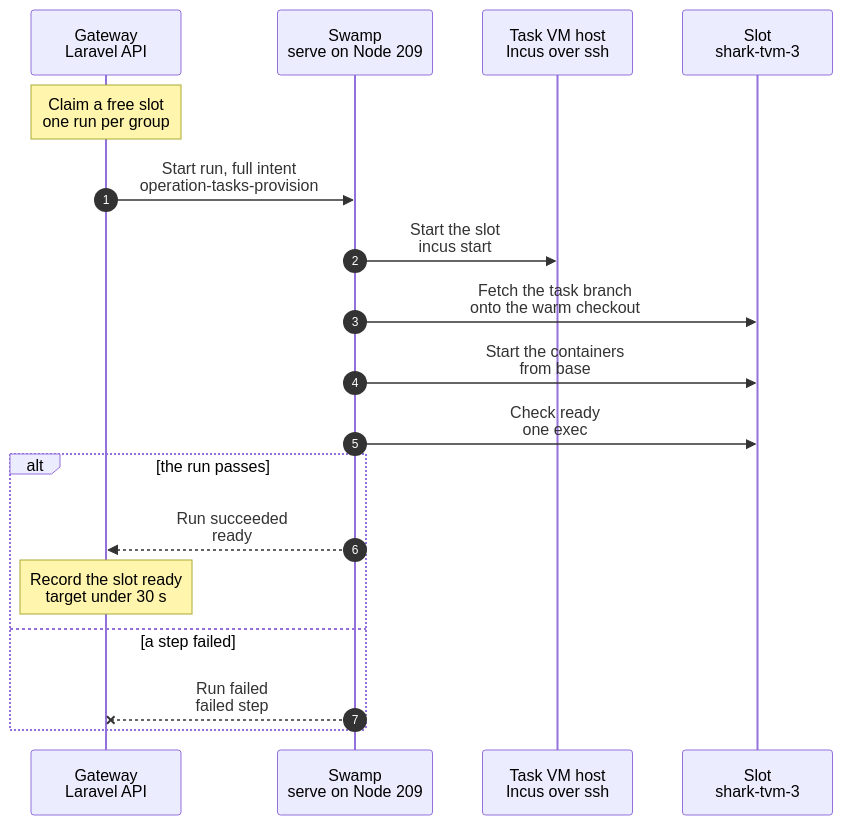
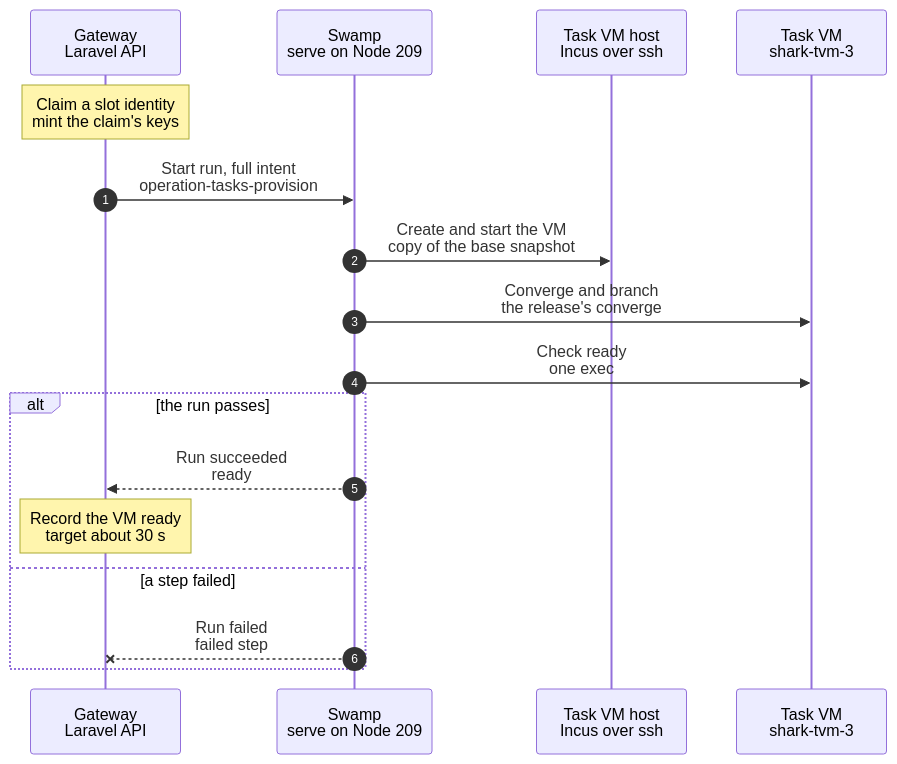
One commit to hardimpactdev/orbit changed the diagram in docs/cli/tasks/provision.mmd. Above: the diagram before and after it, drawn with Mermaid. The commit also changed 88 other files, not shown here.

First line of the commit message:
Task start copies the base VM snapshot with a slot identity

```diff
--- a/docs/cli/tasks/provision.mmd
+++ b/docs/cli/tasks/provision.mmd
@@ -1,45 +1,42 @@
 sequenceDiagram
-  %% Target design (Nick approved 2026-11-07): a provision claims a slot. Slots are fixed, reused task VMs named <node>-tvm-<slot>, each a permanent Orbit Node whose identity was written once at enroll. The image holds everything. The image is baked by the refresh (docs/cli/tasks/vm-image-refresh.mmd).
-  %% status: reviewed
+  %% Target design (agreed with Nick step by step, 2026-11-07): a task start copies the host's base VM snapshot and gives the copy a fixed slot identity. A slot is only an identity (shark-tvm-3: Node, WireGuard key and hub peer, host key, agent secret), kept by the Gateway; no slot VM waits ready.
+  %% status: draft
   %% command: tasks:provision
   %% kind: tasks.provision
   autonumber
   %% lane GW icon=gateway pill=intent tone=blue
   %% lane SW icon=workflow pill=executes tone=green
   %% lane H icon=server pill=target tone=amber
-  %% lane VM icon=server pill=slot tone=purple
+  %% lane VM icon=server pill=task VM tone=purple
   participant GW as Gateway<br/>Laravel API
   participant SW as Swamp<br/>serve on Node 209
   participant H as Task VM host<br/>Incus over ssh
-  participant VM as Slot<br/>shark-tvm-3
-  Note over GW: Claim a free slot<br/>one run per group
+  participant VM as Task VM<br/>shark-tvm-3
+  Note over GW: Claim a slot identity<br/>mint the claim's keys
   %%> Started by:
-  %%> - `tasks:provision` for a todo group, from proof CI or feature work; the same slots serve both
-  %%> Requirements:
-  %%> - a free slot on the host, enrolled from the promoted image
+  %%> - `tasks:provision` for a todo group, from proof CI or feature work
   %%> Result:
-  %%> - the group holds `shark-tvm-3`; its Node, WireGuard peer, agent secret, Pi token and host key already exist, so nothing is minted or published
+  %%> - the group holds the free identity `shark-tvm-3`; its Node, WireGuard peer, host key and agent secret already exist
+  %%> - the Gateway mints the claim's Pi token and model key into the vault; about 1 s
   GW->>SW: Start run, full intent<br/>operation-tasks-provision
-  SW->>H: Start the slot<br/>incus start
+  SW->>H: Create and start the VM<br/>copy of the base snapshot
   %%> What it does:
-  %%> - `incus start shark-tvm-3`; about 7 s to the guest agent
-  %%> - the agent, Pi, WireGuard, the tools, the warm checkout of main and the containers are all on its disk
-  SW->>VM: Fetch the task branch<br/>onto the warm checkout
+  %%> - one host exec: `incus copy` of the base VM's recorded snapshot and a clone of its seed snapshot (ZFS clones), `incus start`, then the slot identity and the claim's keys from the vault on stdin and the services that use them
+  %%> - the containers start by themselves (`boot.autostart`) and already hold the proof Swamp Club key of the base
+  %%> - beside it, the claim's model key is registered with the model router
+  SW->>VM: Converge and branch<br/>the release's converge
   %%> What it does:
-  %%> - `git fetch` of the group's branch with an App read token minted for this step, then checkout; the token never stays on the VM
-  %%> - `composer install` or `npm ci` only when a lock file differs from main's
-  SW->>VM: Start the containers<br/>from base
-  %%> What it does:
-  %%> - restore `base` and start Gateway+Swamp, app-dev and app-prod; 3.5 to 7 s each
-  %%> - migrations run only when the branch adds new ones
+  %%> - the same Ansible converge as the release refresh; with no delta every part is skipped, and it catches up a small delta when main moved since the last release
+  %%> - then the new task branch on the checkout
+  %%> - it waits for no nested service
   SW->>VM: Check ready<br/>one exec
   %%> What it does:
-  %%> - one exec checks the agent, Pi, the tunnel and the three containers; Swamp's `assert` decides
+  %%> - what a task needs: the agent, Pi, the tunnel and the three containers running; Swamp's `assert` decides
   alt the run passes
     SW-->>GW: Run succeeded<br/>ready
-    Note over GW: Record the slot ready<br/>target under 30 s
+    Note over GW: Record the VM ready<br/>target about 30 s
   else a step failed
     SW--xGW: Run failed<br/>failed step
     %%> On failure:
-    %%> - the slot is released (stopped and rolled back to `clean`); the group records the failed step
+    %%> - the VM and its seed clone are deleted, the claim's keys revoked, the identity freed
   end
```
